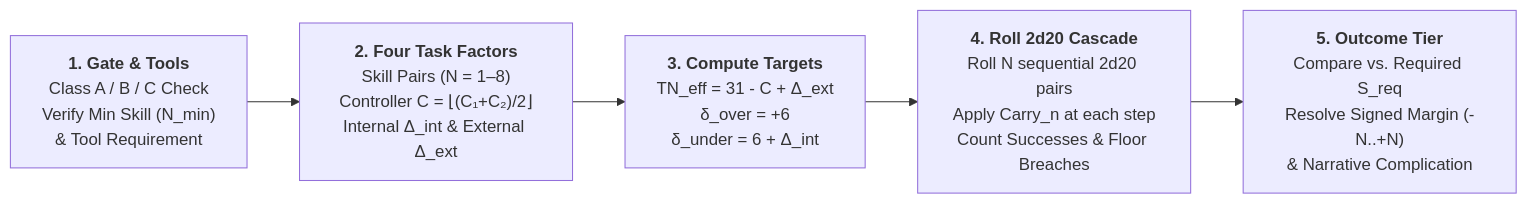
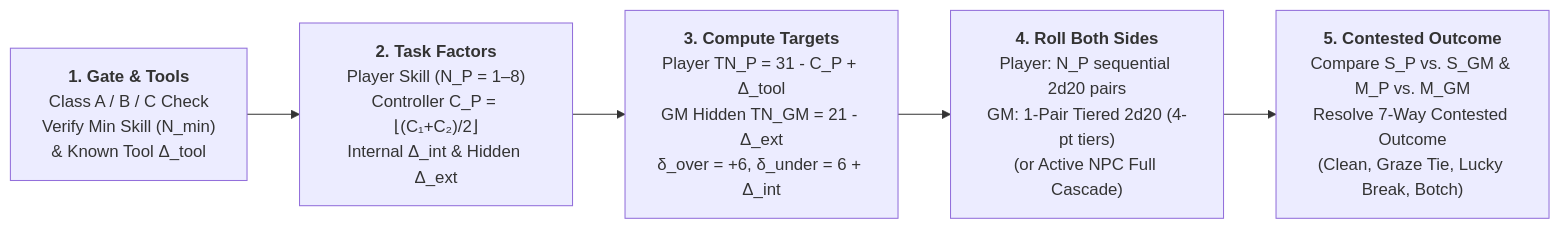
Before and after one commit to rarebreed/satya: the diagram in docs/ttrpg/02-core-mechanics/cascading_d20_and_tasks.md, drawn with Mermaid. The commit also changed other lines of this file and 24 other files, not shown here.

````diff
--- a/docs/ttrpg/02-core-mechanics/cascading_d20_and_tasks.md
+++ b/docs/ttrpg/02-core-mechanics/cascading_d20_and_tasks.md
@@ -13,10 +18,10 @@
 ```mermaid
 flowchart LR
-    S1["<b>1. Gate & Tools</b><br/>Class A / B / C Check<br/>Verify Min Skill (N_min)<br/>& Tool Requirement"]
-    S2["<b>2. Four Task Factors</b><br/>Skill Pairs (N = 1–8)<br/>Controller C = ⌊(C₁+C₂)/2⌋<br/>Internal Δ_int & External Δ_ext"]
-    S3["<b>3. Compute Targets</b><br/>TN_eff = 31 - C + Δ_ext<br/>δ_over = +6<br/>δ_under = 6 + Δ_int"]
-    S4["<b>4. Roll 2d20 Cascade</b><br/>Roll N sequential 2d20 pairs<br/>Apply Carry_n at each step<br/>Count Successes & Floor Breaches"]
-    S5["<b>5. Outcome Tier</b><br/>Compare vs. Required S_req<br/>Resolve Signed Margin (-N..+N)<br/>& Narrative Complication"]
+    S1["<b>1. Gate & Tools</b><br/>Class A / B / C Check<br/>Verify Min Skill (N_min)<br/>& Known Tool Δ_tool"]
+    S2["<b>2. Task Factors</b><br/>Player Skill (N_P = 1–8)<br/>Controller C_P = ⌊(C₁+C₂)/2⌋<br/>Internal Δ_int & Hidden Δ_ext"]
+    S3["<b>3. Compute Targets</b><br/>Player TN_P = 31 - C_P + Δ_tool<br/>GM Hidden TN_GM = 21 - Δ_ext<br/>δ_over = +6, δ_under = 6 + Δ_int"]
+    S4["<b>4. Roll Both Sides</b><br/>Player: N_P sequential 2d20 pairs<br/>GM: 1-Pair Tiered 2d20 (4-pt tiers)<br/>(or Active NPC Full Cascade)"]
+    S5["<b>5. Contested Outcome</b><br/>Compare S_P vs. S_GM & M_P vs. M_GM<br/>Resolve 7-Way Contested Outcome<br/>(Clean, Graze Tie, Lucky Break, Botch)"]
 
     S1 --> S2 --> S3 --> S4 --> S5
 ```
````
